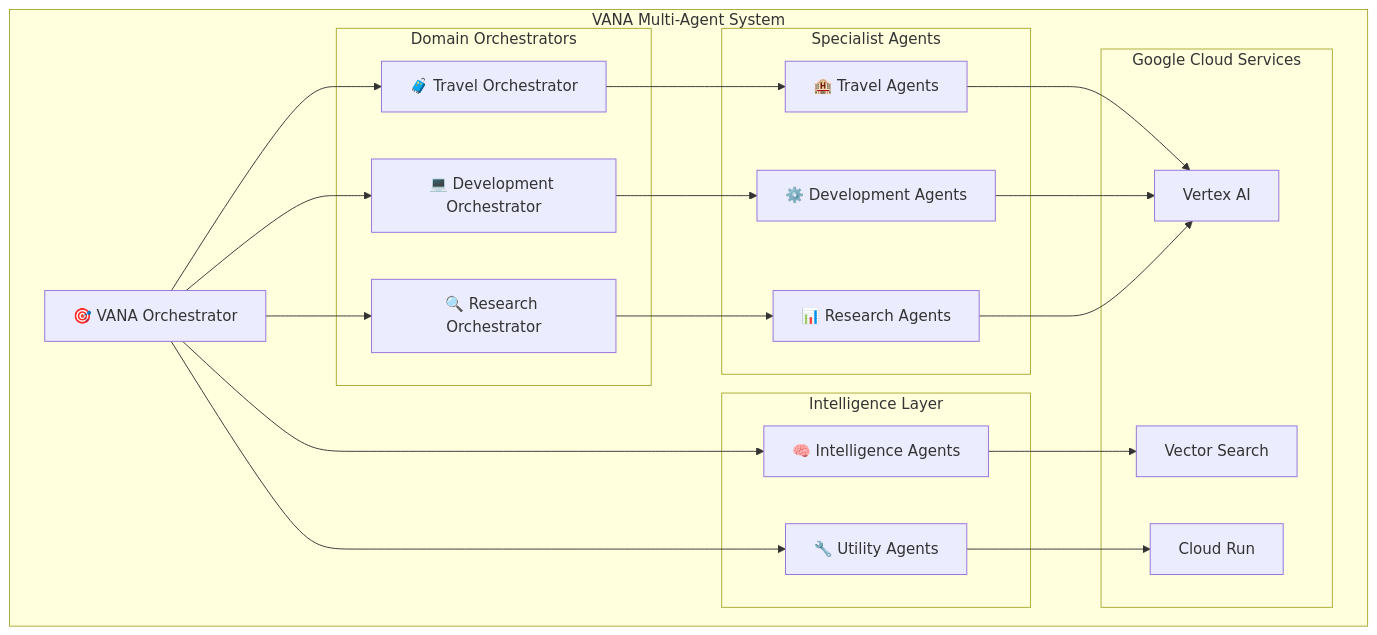
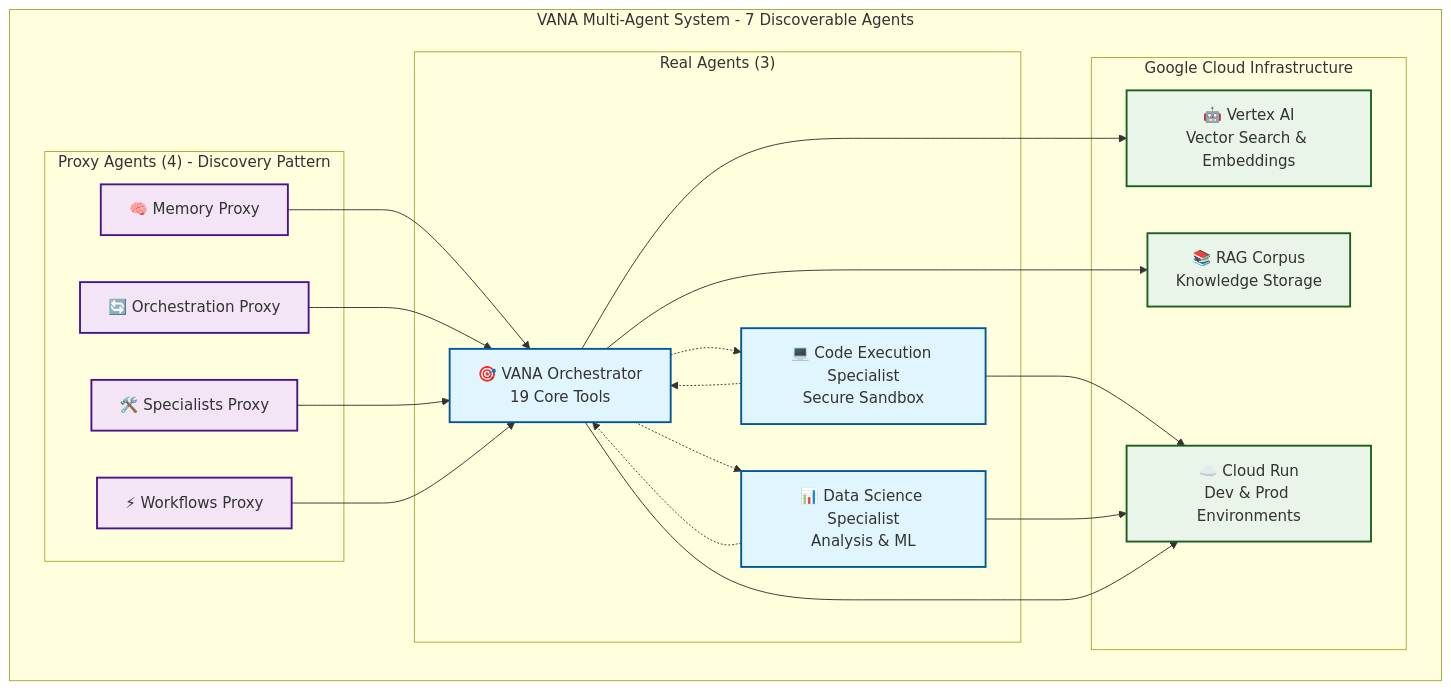
Before and after one commit to NickB03/vana: the diagram in README.md, drawn with Mermaid. The commit also changed other lines of this file and 10 other files, not shown here.

````diff
--- a/README.md
+++ b/README.md
@@ -131,44 +133,50 @@
 ```mermaid
 graph TB
-    subgraph "VANA Multi-Agent System"
-        VANA[🎯 VANA Orchestrator]
-
-        subgraph "Domain Orchestrators"
-            TO[🧳 Travel Orchestrator]
-            DO[💻 Development Orchestrator]
-            RO[🔍 Research Orchestrator]
+    subgraph "VANA Multi-Agent System - 7 Discoverable Agents"
+        subgraph "Real Agents (3)"
+            VANA[🎯 VANA Orchestrator<br/>19 Core Tools]
+            CODE[💻 Code Execution Specialist<br/>Secure Sandbox]
+            DATA[📊 Data Science Specialist<br/>Analysis & ML]
         end
 
-        subgraph "Specialist Agents"
-            TA[🏨 Travel Agents]
-            DA[⚙️ Development Agents]
-            RA[📊 Research Agents]
+        subgraph "Proxy Agents (4) - Discovery Pattern"
+            MEM[🧠 Memory Proxy]
+            ORCH[🔄 Orchestration Proxy]
+            SPEC[🛠️ Specialists Proxy]
+            WORK[⚡ Workflows Proxy]
         end
 
-        subgraph "Intelligence Layer"
-            IA[🧠 Intelligence Agents]
-            UA[🔧 Utility Agents]
-        end
-
-        subgraph "Google Cloud Services"
-            VAI[Vertex AI]
-            CR[Cloud Run]
-            VR[Vector Search]
+        subgraph "Google Cloud Infrastructure"
+            VAI[🤖 Vertex AI<br/>Vector Search & Embeddings]
+            CR[☁️ Cloud Run<br/>Dev & Prod Environments]
+            RAG[📚 RAG Corpus<br/>Knowledge Storage]
         end
     end
 
-    VANA --> TO
-    VANA --> DO
-    VANA --> RO
-    TO --> TA
-    DO --> DA
-    RO --> RA
-    VANA --> IA
-    VANA --> UA
+    %% Real agent interactions
+    VANA -.-> CODE
+    VANA -.-> DATA
+    CODE -.-> VANA
+    DATA -.-> VANA
 
-    TA --> VAI
-    DA --> VAI
-    RA --> VAI
-    IA --> VR
-    UA --> CR
+    %% Proxy redirections
+    MEM --> VANA
+    ORCH --> VANA
+    SPEC --> VANA
+    WORK --> VANA
+
+    %% Cloud service connections
+    VANA --> VAI
+    VANA --> RAG
+    CODE --> CR
+    DATA --> CR
+    VANA --> CR
+
+    classDef realAgent fill:#e1f5fe,stroke:#01579b,stroke-width:2px
+    classDef proxyAgent fill:#f3e5f5,stroke:#4a148c,stroke-width:2px
+    classDef cloudService fill:#e8f5e8,stroke:#1b5e20,stroke-width:2px
+
+    class VANA,CODE,DATA realAgent
+    class MEM,ORCH,SPEC,WORK proxyAgent
+    class VAI,CR,RAG cloudService
 ```
````
